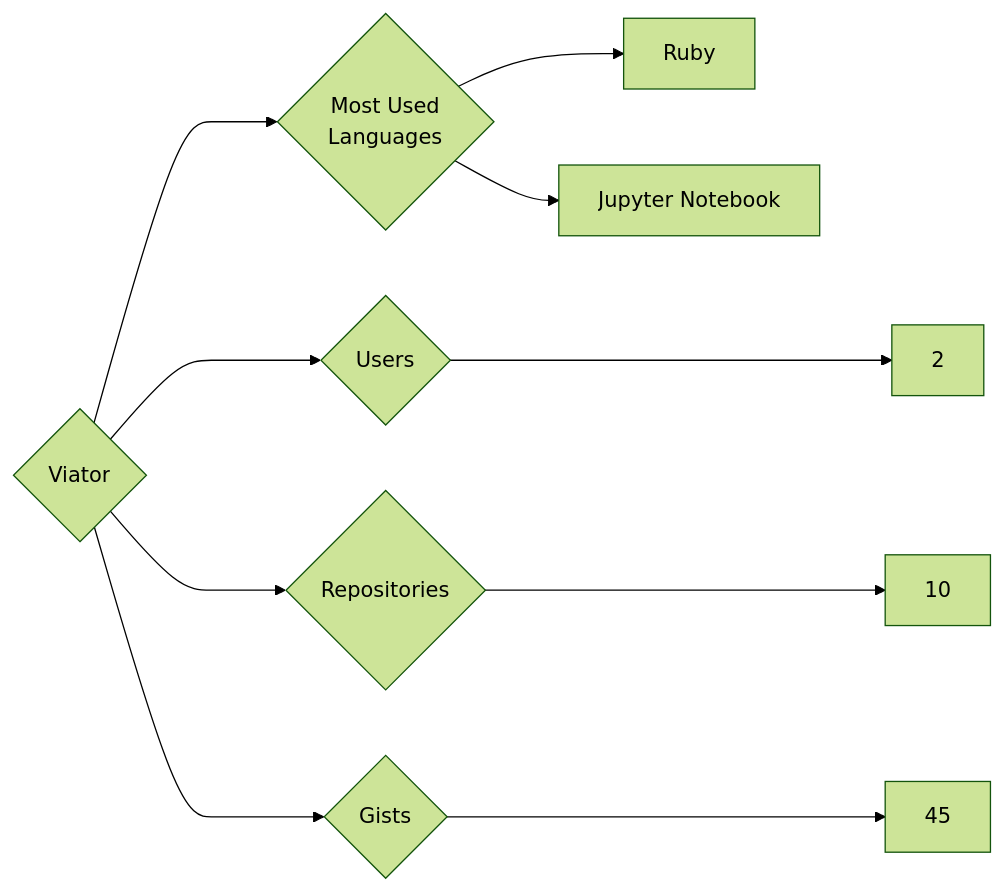
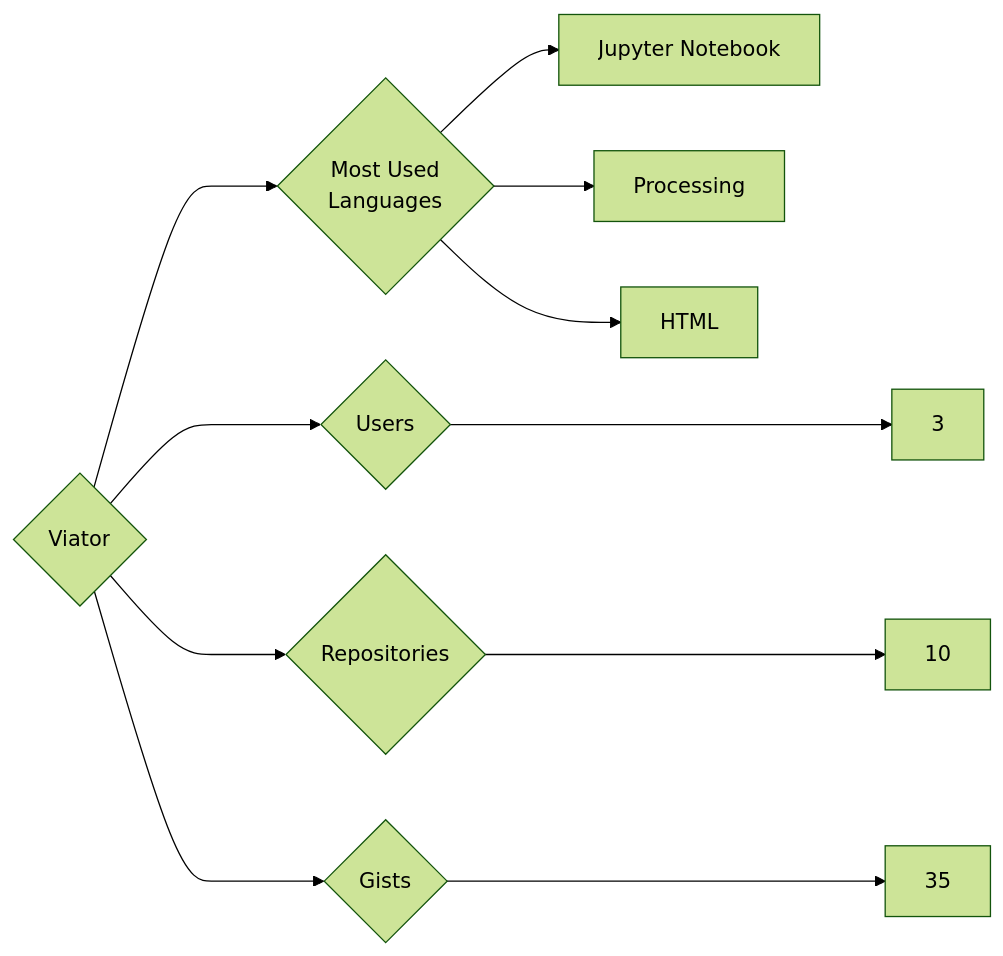
The diagram in targets/Viator/README.md (trickest/insiders), drawn with Mermaid (forest theme) before and after one commit. The commit also changed 748 other files, not shown here.

````diff
--- a/targets/Viator/README.md
+++ b/targets/Viator/README.md
@@ -3,10 +3,11 @@
 ```mermaid
 graph LR
 COMPANY_NAME{Viator}
-COMPANY_NAME ---> U{Users} ---> UN[2]
+COMPANY_NAME ---> U{Users} ---> UN[3]
 COMPANY_NAME ---> R{Repositories} ---> RN[10]
-COMPANY_NAME ---> G{Gists} ---> GN[45]
+COMPANY_NAME ---> G{Gists} ---> GN[35]
 COMPANY_NAME ---> ML{Most Used<br>Languages}
-ML --> Ruby[Ruby]
 ML --> Jupyter_Notebook[Jupyter Notebook]
+ML --> Processing[Processing]
+ML --> HTML[HTML]
 ```
````
